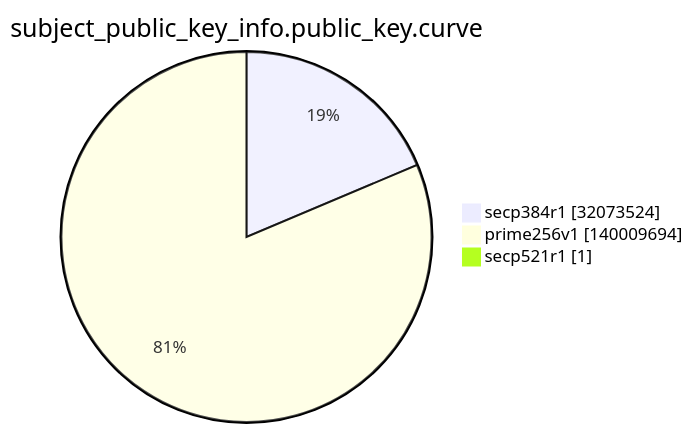
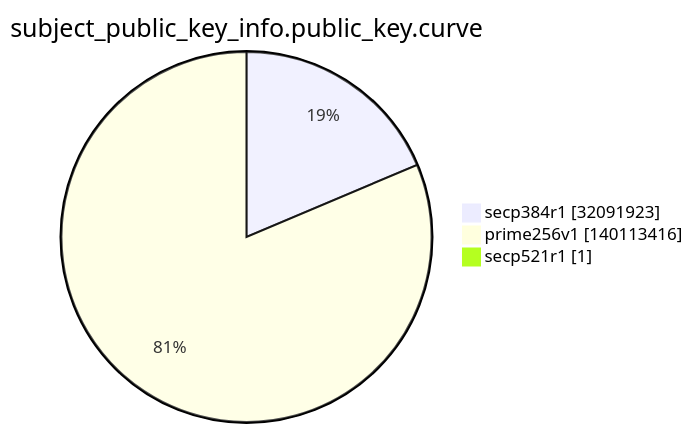
The ninth of 15 diagrams in argon2022/README.md (christiankrug/ctmonitor_visualization), drawn with Mermaid before and after one commit. The commit also changed other lines of this file, not shown here.

````diff
--- a/argon2022/README.md
+++ b/argon2022/README.md
@@ -2762,7 +2762,7 @@
 ```mermaid
 pie showData
 title subject_public_key_info.public_key.curve
-"secp384r1" :32073524
-"prime256v1" :140009694
+"secp384r1" :32091923
+"prime256v1" :140113416
 "secp521r1" :1
 ```
````
